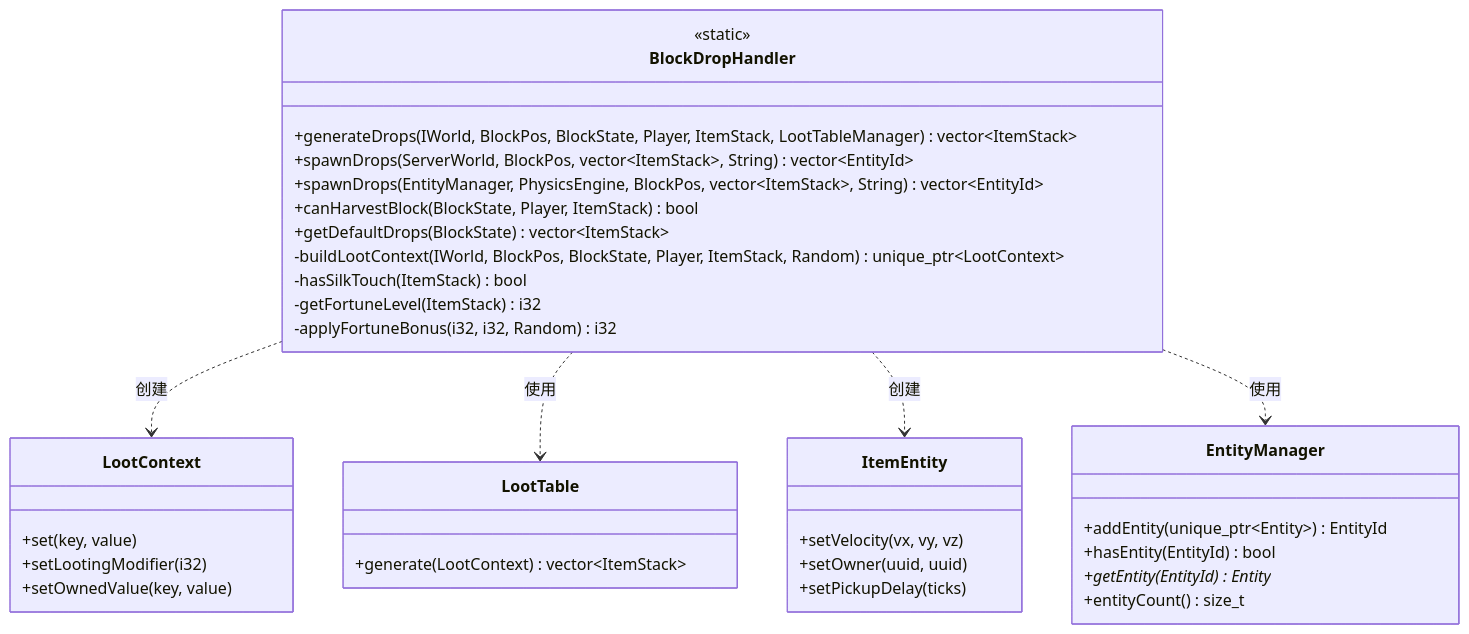
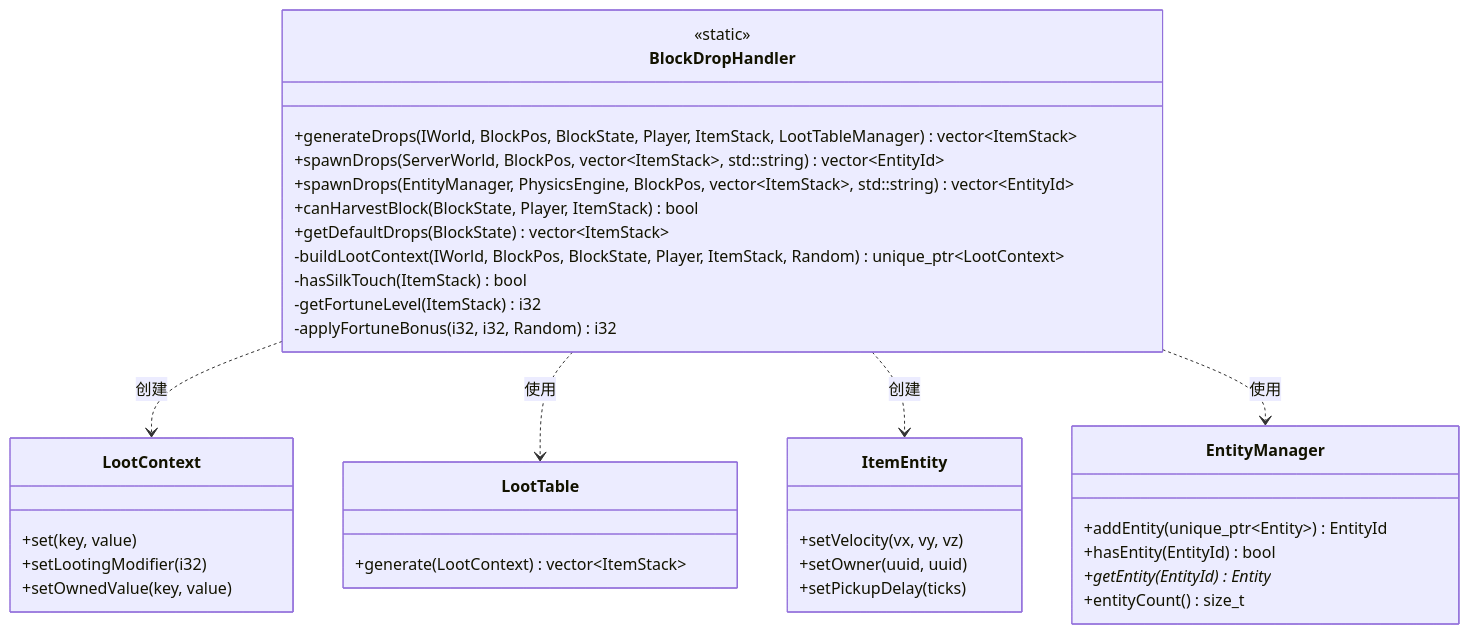
One commit to g122622/Cubium changed the fifth of 6 diagrams in src/server/world/drop/README.md. Above: the diagram before and after it, drawn with Mermaid. The commit also changed 823 other files, not shown here.

````diff
--- a/src/server/world/drop/README.md
+++ b/src/server/world/drop/README.md
@@ -413,43 +413,43 @@
 ```mermaid
 classDiagram
     class BlockDropHandler {
         <<static>>
         +generateDrops(IWorld, BlockPos, BlockState, Player, ItemStack, LootTableManager) vector~ItemStack~
-        +spawnDrops(ServerWorld, BlockPos, vector~ItemStack~, String) vector~EntityId~
-        +spawnDrops(EntityManager, PhysicsEngine, BlockPos, vector~ItemStack~, String) vector~EntityId~
+        +spawnDrops(ServerWorld, BlockPos, vector~ItemStack~, std::string) vector~EntityId~
+        +spawnDrops(EntityManager, PhysicsEngine, BlockPos, vector~ItemStack~, std::string) vector~EntityId~
         +canHarvestBlock(BlockState, Player, ItemStack) bool
         +getDefaultDrops(BlockState) vector~ItemStack~
         -buildLootContext(IWorld, BlockPos, BlockState, Player, ItemStack, Random) unique_ptr~LootContext~
         -hasSilkTouch(ItemStack) bool
         -getFortuneLevel(ItemStack) i32
         -applyFortuneBonus(i32, i32, Random) i32
     }
 
     class LootContext {
         +set(key, value)
         +setLootingModifier(i32)
         +setOwnedValue(key, value)
     }
 
     class LootTable {
         +generate(LootContext) vector~ItemStack~
     }
 
     class ItemEntity {
         +setVelocity(vx, vy, vz)
         +setOwner(uuid, uuid)
         +setPickupDelay(ticks)
     }
 
     class EntityManager {
         +addEntity(unique_ptr~Entity~) EntityId
         +hasEntity(EntityId) bool
         +getEntity(EntityId) Entity*
         +entityCount() size_t
     }
 
     BlockDropHandler ..> LootContext : 创建
     BlockDropHandler ..> LootTable : 使用
     BlockDropHandler ..> ItemEntity : 创建
     BlockDropHandler ..> EntityManager : 使用
 ```
````
